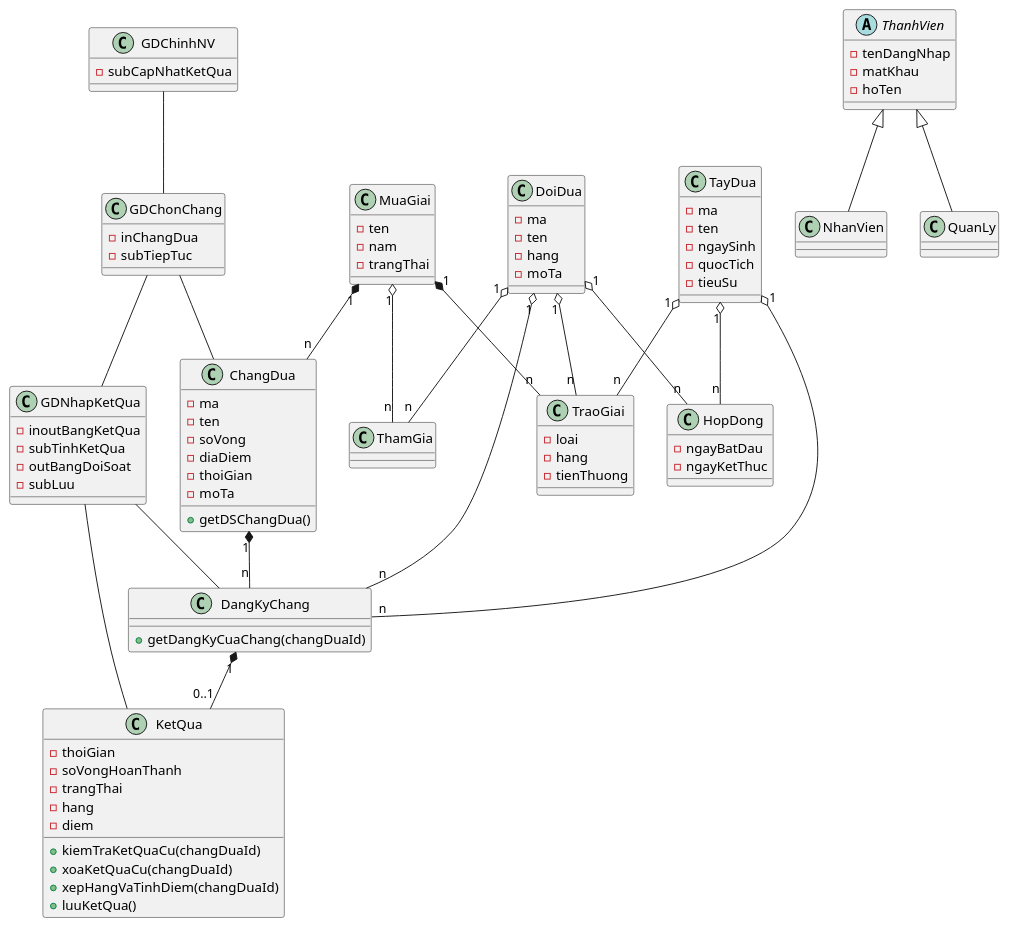
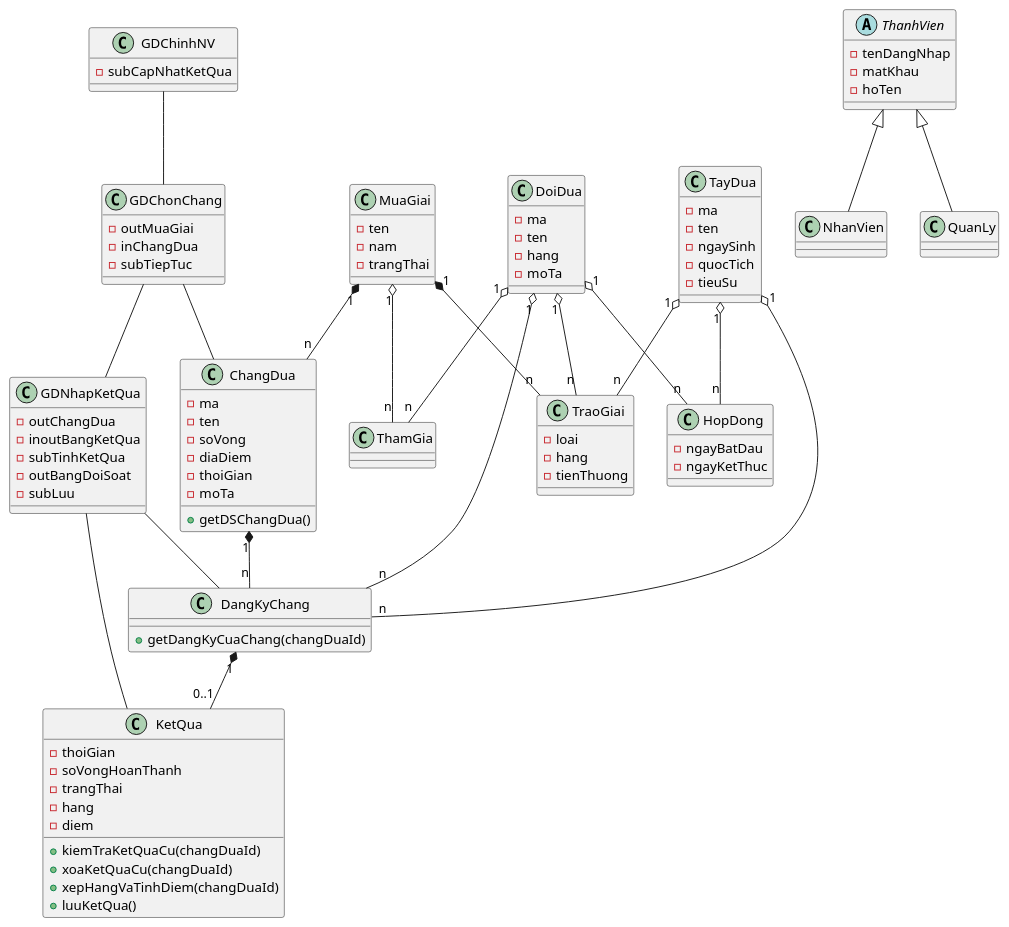
The third of 6 diagrams in Module 3 - Kiet/noi-dung.md (7gho/CNPM-He2026), drawn with PlantUML before and after one commit. The commit also changed other lines of this file and 23 other files, not shown here.

```diff
--- a/Module 3 - Kiet/noi-dung.md
+++ b/Module 3 - Kiet/noi-dung.md
@@ -203,11 +224,13 @@
 }
 
 class GDChonChang {
+  -outMuaGiai
   -inChangDua
   -subTiepTuc
 }
 
 class GDNhapKetQua {
+  -outChangDua
   -inoutBangKetQua
   -subTinhKetQua
   -outBangDoiSoat
```
